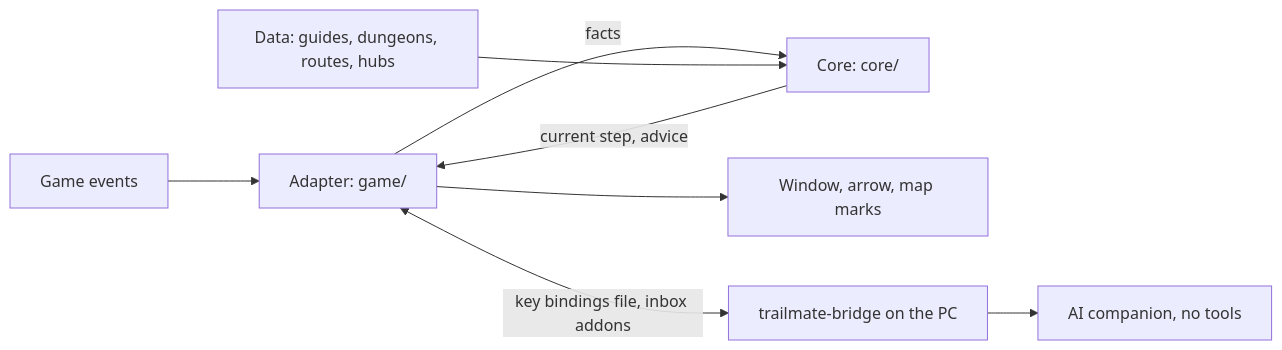
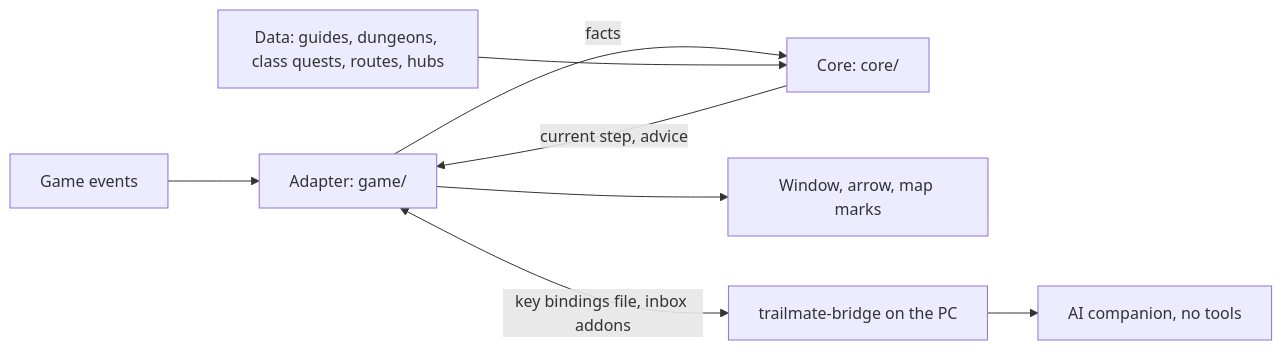
Before and after one commit to zxxdev/TrailMate: the diagram in README.md, drawn with Mermaid. The commit also changed other lines of this file and 24 other files, not shown here.

````diff
--- a/README.md
+++ b/README.md
@@ -110,10 +112,10 @@
 ```mermaid
 flowchart LR
   E[Game events] --> A[Adapter: game/]
   A -->|facts| C[Core: core/]
-  D[Data: guides, dungeons, routes, hubs] --> C
+  D[Data: guides, dungeons, class quests, routes, hubs] --> C
   C -->|current step, advice| A
   A --> U[Window, arrow, map marks]
   A <-->|key bindings file, inbox addons| B[trailmate-bridge on the PC]
   B --> M[AI companion, no tools]
 ```
````
